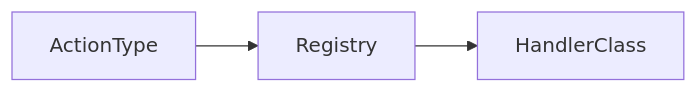
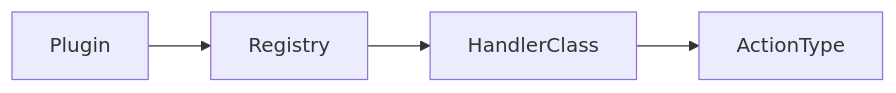
One commit to mattbriggs/dita_package_processor changed the third of 3 diagrams in docs/how-to-create-handlers.md. Above: the diagram before and after it, drawn with Mermaid. The commit also changed other lines of this file and 18 other files, not shown here.

````diff
--- a/docs/how-to-create-handlers.md
+++ b/docs/how-to-create-handlers.md
@@ -339,5 +341,6 @@
 ```mermaid
 flowchart LR
-    ActionType --> Registry
+    Plugin --> Registry
     Registry --> HandlerClass
+    HandlerClass --> ActionType
 ```
````
